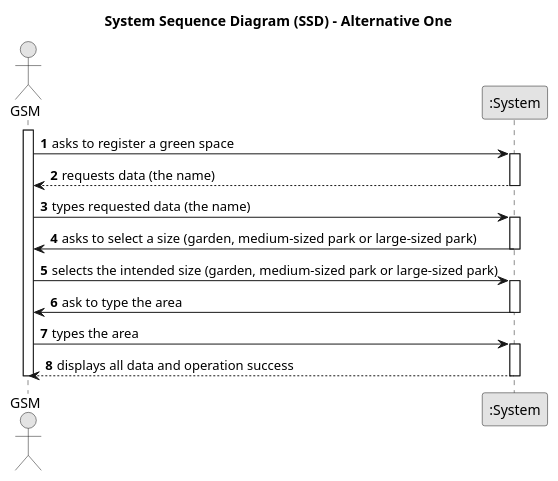
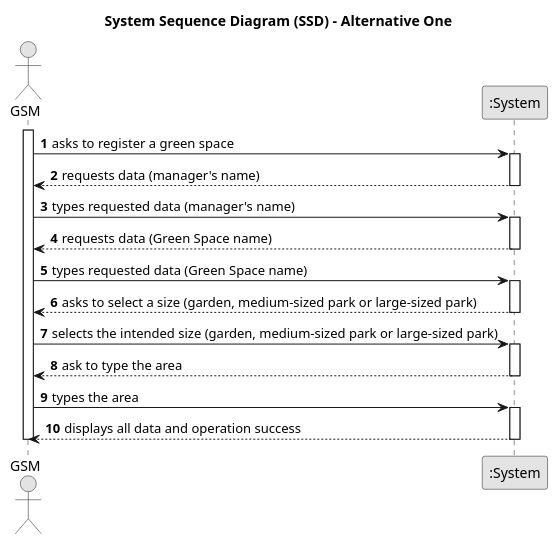
Before and after one commit to Departamento-de-Engenharia-Informatica/lei-24-s2-1df-1de-g063: the diagram in docs/SprintC/us020/01.requirements-engineering/puml/us020-system-sequence-diagram-alternative-one.puml, drawn with PlantUML. The commit also changed 19 other files, not shown here.

```diff
--- a/docs/SprintC/us020/01.requirements-engineering/puml/us020-system-sequence-diagram-alternative-one.puml
+++ b/docs/SprintC/us020/01.requirements-engineering/puml/us020-system-sequence-diagram-alternative-one.puml
@@ -1,31 +1,35 @@
 @startuml
 skinparam monochrome true
 skinparam packageStyle rectangle
 skinparam shadowing false
 
 title System Sequence Diagram (SSD) - Alternative One
 
 autonumber
 
 actor "GSM" as GSM
 participant ":System" as System
 activate GSM
     GSM -> System : asks to register a green space
     activate System
-        System --> GSM : requests data (the name)
+            System --> GSM : requests data (manager's name)
+            deactivate System
+        GSM -> System : types requested data (manager's name)
+    activate System
+        System --> GSM : requests data (Green Space name)
         deactivate System
-    GSM -> System : types requested data (the name)
+    GSM -> System : types requested data (Green Space name)
     activate System
-        System -> GSM : asks to select a size (garden, medium-sized park or large-sized park)
+        System --> GSM : asks to select a size (garden, medium-sized park or large-sized park)
         deactivate System
     GSM -> System : selects the intended size (garden, medium-sized park or large-sized park)
     activate System
-    System -> GSM : ask to type the area
+    System --> GSM : ask to type the area
        deactivate System
     GSM -> System : types the area
     activate System
            System --> GSM : displays all data and operation success
            deactivate System
 deactivate GSM
 
 @enduml
```
